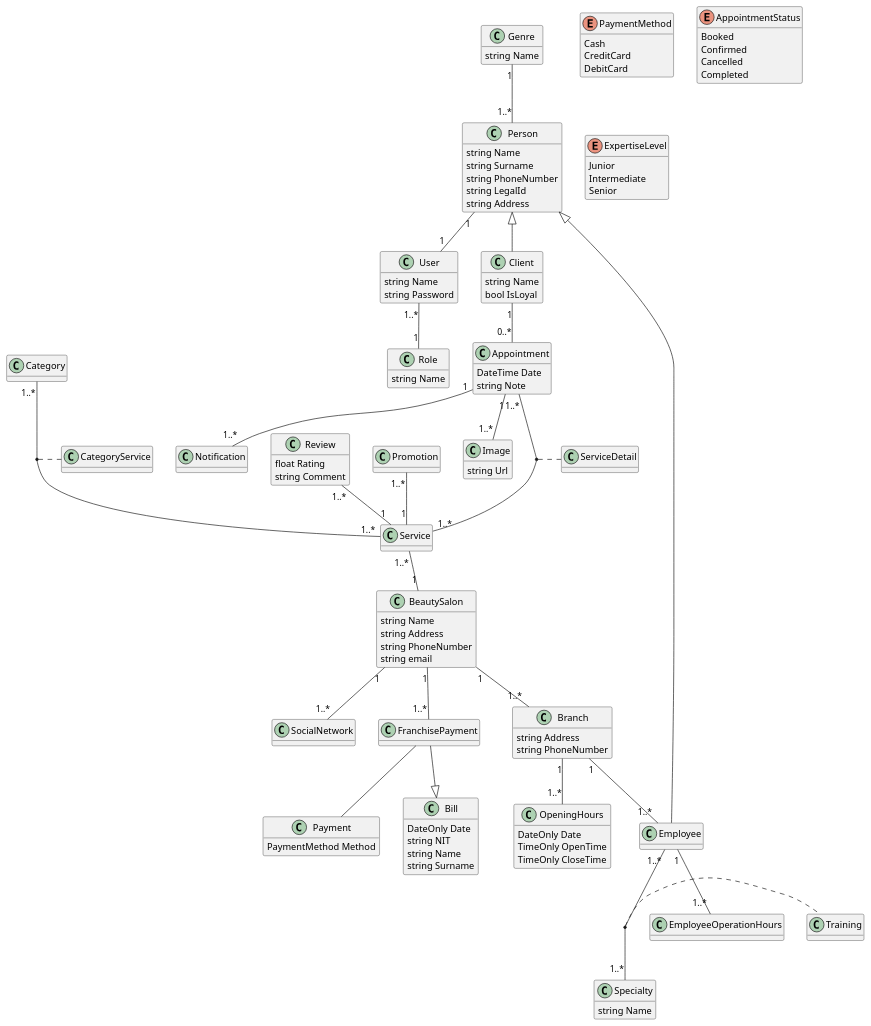
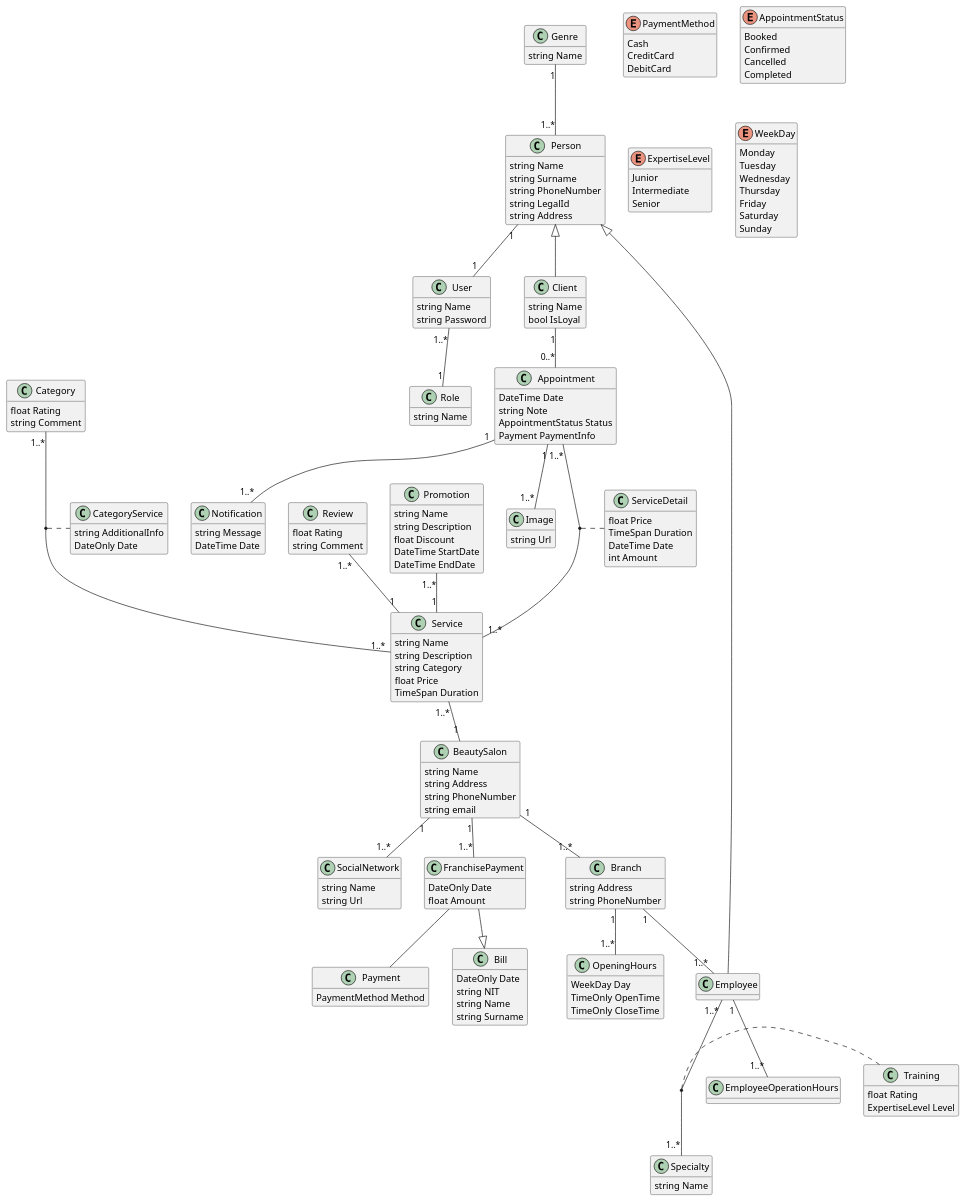
The diagram in docs/diagrams/class.puml (jassielof/beauty-salon), drawn with PlantUML before and after one commit. The commit also changed 1 other file, not shown here.

Commit message:
Add GitHub Actions workflow for PlantUML diagram generation and update class diagrams

```diff
--- a/docs/diagrams/class.puml
+++ b/docs/diagrams/class.puml
@@ -73,26 +73,54 @@
   string Comment
 }
 
+class Service {
+  string Name
+  string Description
+  string Category
+  float Price
+  TimeSpan Duration
+}
+
 Review "1..*" -- "1" Service
 
 class Promotion {
-
+  string Name
+  string Description
+  float Discount
+  DateTime StartDate
+  DateTime EndDate
 }
 
 
 
 Promotion "1..*" -- "1" Service
 
-class Category
+class Category {
+  float Rating
+  string Comment
+}
 
 Category "1..*" -- "1..*" Service
 
-class CategoryService
+class CategoryService {
+  string AdditionalInfo
+  DateOnly Date
+}
 
 (Category, Service) .. CategoryService
 
+enum WeekDay {
+  Monday
+  Tuesday
+  Wednesday
+  Thursday
+  Friday
+  Saturday
+  Sunday
+}
+
 class OpeningHours {
-  DateOnly Date
+  WeekDay Day
   TimeOnly OpenTime
   TimeOnly CloseTime
 }
@@ -100,15 +128,24 @@
 class Appointment {
   DateTime Date
   string Note
+  AppointmentStatus Status
+  Payment PaymentInfo
 }
 
 Appointment "1..*" -- "1..*" Service
 
-class ServiceDetail
+class ServiceDetail {
+  float Price
+  TimeSpan Duration
+  DateTime Date
+  int Amount
+}
 
 (Appointment, Service) .. ServiceDetail
 
 class Notification {
+  string Message
+  DateTime Date
 
 }
 
@@ -126,11 +163,19 @@
 
 class Employee
 
-class SocialNetwork
+class SocialNetwork {
+  string Name
+  string Url
+}
 
-class FranchisePayment
+class FranchisePayment {
+  DateOnly Date
+  float Amount
+}
 
-class EmployeeOperationHours
+class EmployeeOperationHours {
+
+}
 
 
 Client "1" -- "0..*" Appointment
@@ -161,7 +206,8 @@
 }
 
 class Training {
-
+  float Rating
+  ExpertiseLevel Level
 }
 
 Employee "1..*" -- "1..*" Specialty
```
